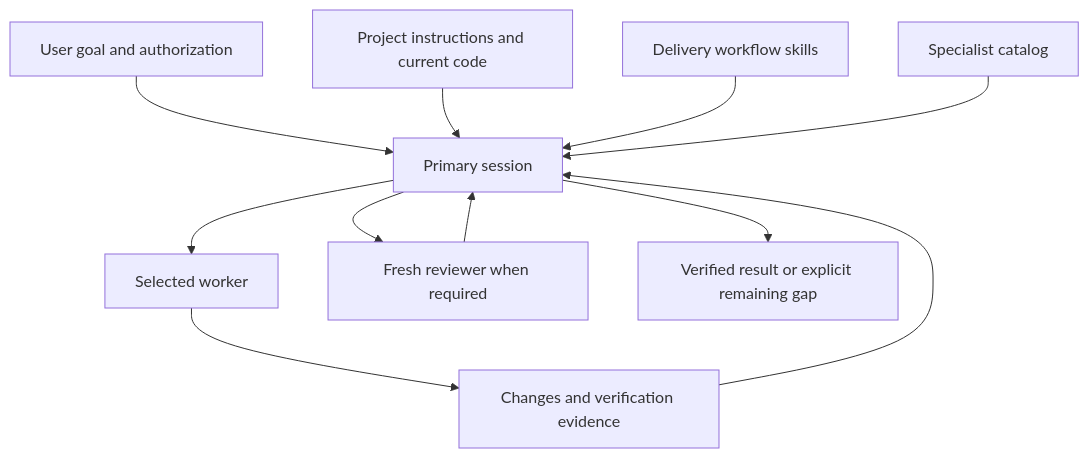
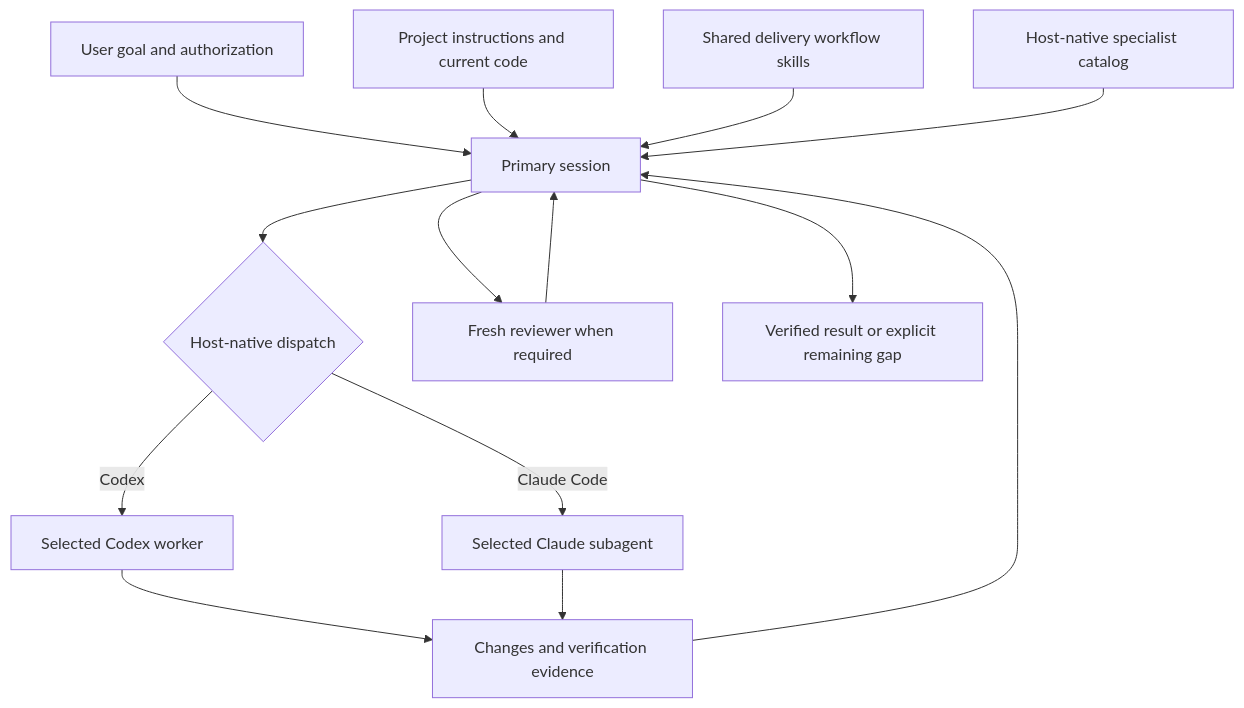
One commit to Esquetta/codex-delivery-workflow changed the diagram in docs/architecture/system.md. Above: the diagram before and after it, drawn with Mermaid. The commit also changed other lines of this file and 148 other files, not shown here.

Commit message:
Add portable Claude Code adapter and shared project instructions

````diff
--- a/docs/architecture/system.md
+++ b/docs/architecture/system.md
@@ -5,13 +7,16 @@
 ```mermaid
 flowchart TD
   U[User goal and authorization] --> P[Primary session]
   R[Project instructions and current code] --> P
-  S[Delivery workflow skills] --> P
-  C[Specialist catalog] --> P
-  P --> W[Selected worker]
+  S[Shared delivery workflow skills] --> P
+  C[Host-native specialist catalog] --> P
+  P --> H{Host-native dispatch}
+  H -->|Codex| W[Selected Codex worker]
+  H -->|Claude Code| X[Selected Claude subagent]
   W --> E[Changes and verification evidence]
+  X --> E
   E --> P
   P --> Q[Fresh reviewer when required]
   Q --> P
   P --> O[Verified result or explicit remaining gap]
 ```
````
